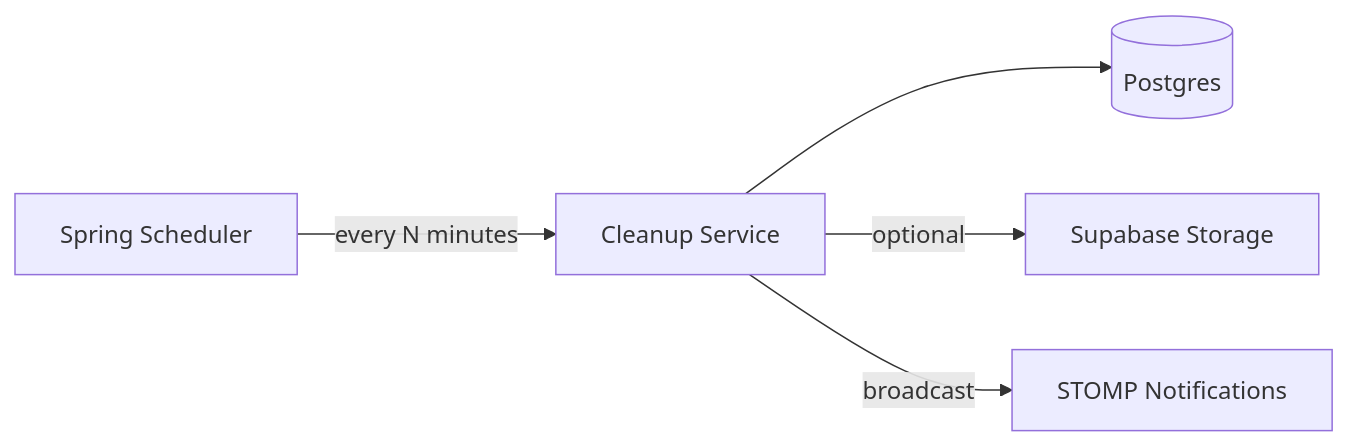
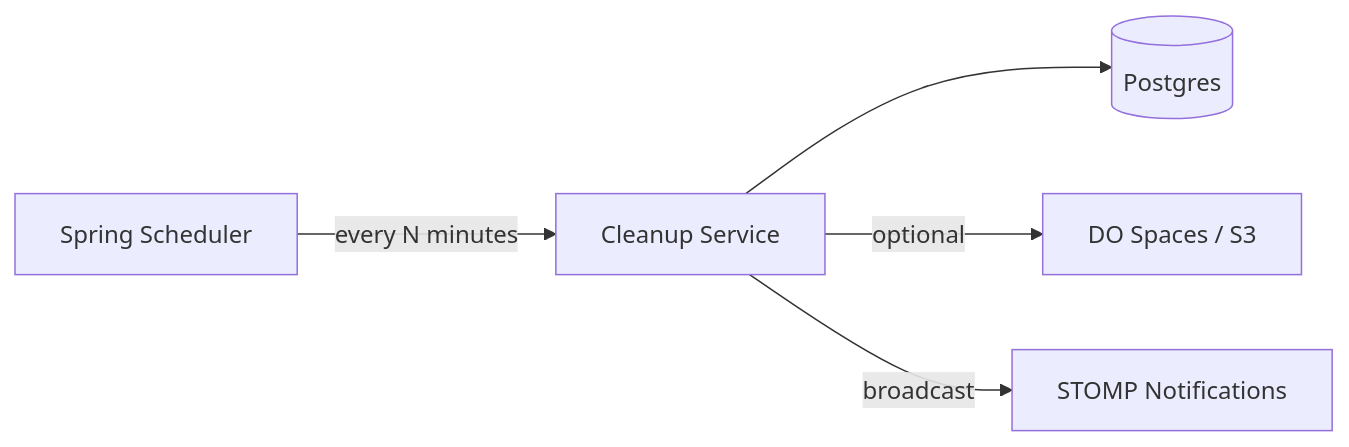
One commit to 10xDeVv/LazyDrop changed the seventh of 7 diagrams in SYSTEM_DESIGN.md. Above: the diagram before and after it, drawn with Mermaid. The commit also changed other lines of this file and 5 other files, not shown here.

````diff
--- a/SYSTEM_DESIGN.md
+++ b/SYSTEM_DESIGN.md
@@ -207,7 +207,7 @@
 ```mermaid
 flowchart LR
   Scheduler[Spring Scheduler] -->|every N minutes| Cleanup[Cleanup Service]
   Cleanup --> DB[(Postgres)]
-  Cleanup -->|optional| Storage[Supabase Storage]
+  Cleanup -->|optional| Storage[DO Spaces / S3]
   Cleanup -->|broadcast| WS[STOMP Notifications]
 ```
````
